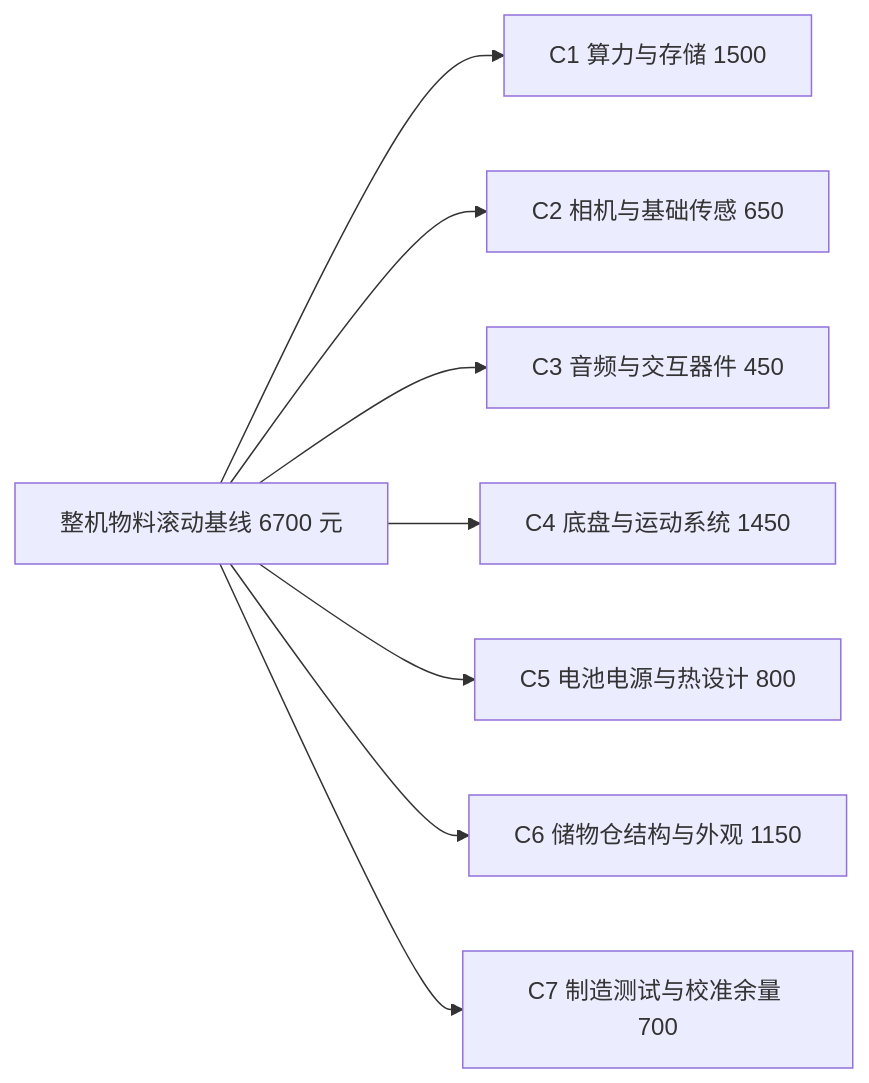
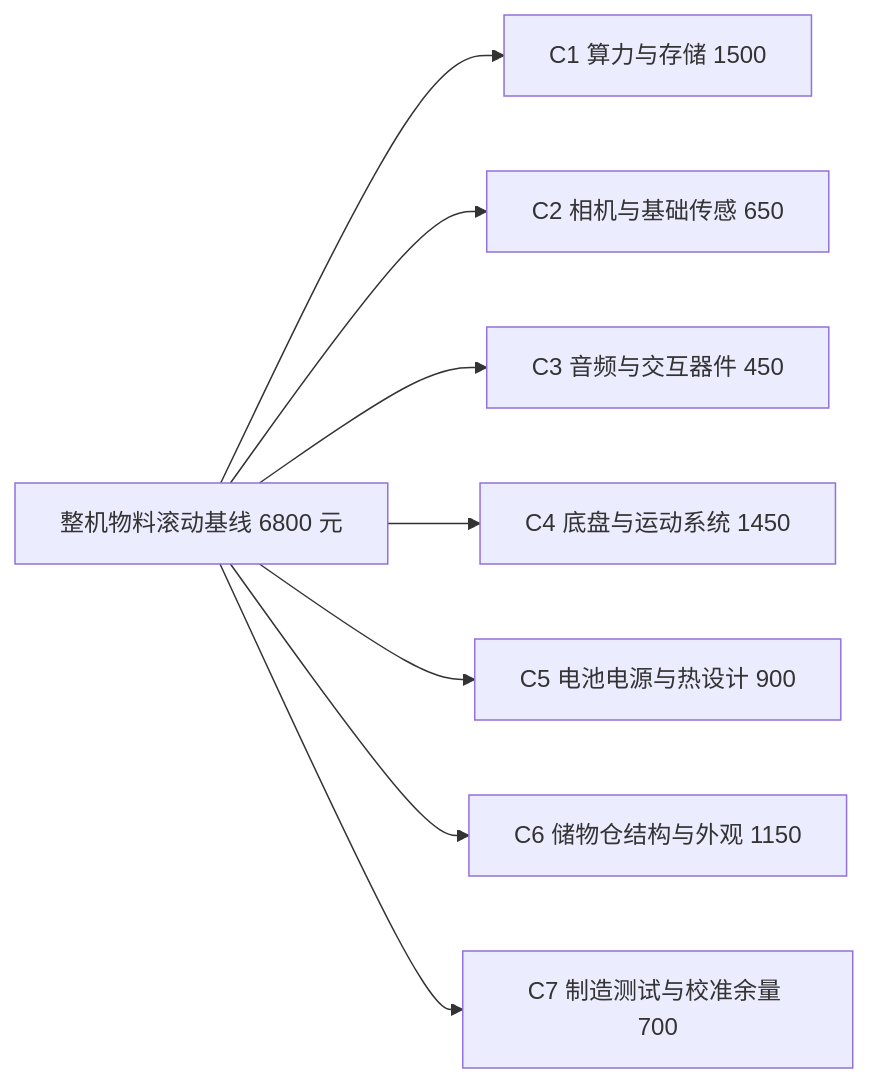
Before and after one commit to hlm12348765/Kinbot_OODA: the first of 3 diagrams in docs/COST_STRUCTURE_AND_TECH_DOWNPATH.md, drawn with Mermaid. The commit also changed other lines of this file and 5 other files, not shown here.

````diff
--- a/docs/COST_STRUCTURE_AND_TECH_DOWNPATH.md
+++ b/docs/COST_STRUCTURE_AND_TECH_DOWNPATH.md
@@ -39,11 +39,11 @@
 ```mermaid
 flowchart LR
-    T[整机物料滚动基线 6700 元]
+    T[整机物料滚动基线 6800 元]
     T --> C1[C1 算力与存储 1500]
     T --> C2[C2 相机与基础传感 650]
     T --> C3[C3 音频与交互器件 450]
     T --> C4[C4 底盘与运动系统 1450]
-    T --> C5[C5 电池电源与热设计 800]
+    T --> C5[C5 电池电源与热设计 900]
     T --> C6[C6 储物仓结构与外观 1150]
     T --> C7[C7 制造测试与校准余量 700]
 ```
````
